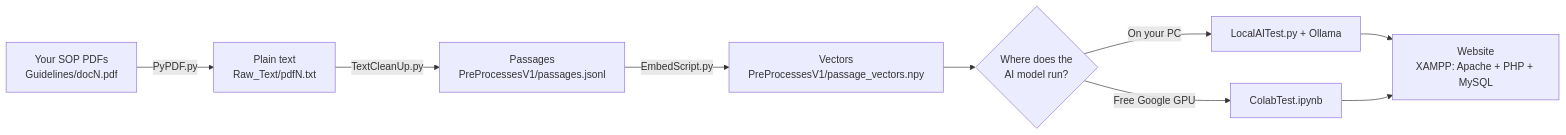
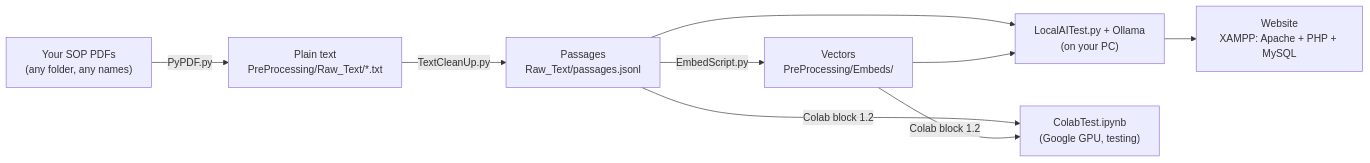
Before and after one commit to Cocallian/SOPAIDict: the diagram in GettingStarted/README.md, drawn with Mermaid. The commit also changed other lines of this file and 328 other files, not shown here.

````diff
--- a/GettingStarted/README.md
+++ b/GettingStarted/README.md
@@ -18,11 +18,11 @@
 ```mermaid
 flowchart LR
-    A["Your SOP PDFs<br/>Guidelines/docN.pdf"] -->|PyPDF.py| B["Plain text<br/>Raw_Text/pdfN.txt"]
-    B -->|TextCleanUp.py| C["Passages<br/>PreProcessesV1/passages.jsonl"]
-    C -->|EmbedScript.py| D["Vectors<br/>PreProcessesV1/passage_vectors.npy"]
-    D --> E{"Where does the<br/>AI model run?"}
-    E -->|On your PC| F["LocalAITest.py + Ollama"]
-    E -->|Free Google GPU| G["ColabTest.ipynb"]
+    A["Your SOP PDFs<br/>(any folder, any names)"] -->|PyPDF.py| B["Plain text<br/>PreProcessing/Raw_Text/*.txt"]
+    B -->|TextCleanUp.py| C["Passages<br/>Raw_Text/passages.jsonl"]
+    C -->|EmbedScript.py| D["Vectors<br/>PreProcessing/Embeds/"]
+    C --> F["LocalAITest.py + Ollama<br/>(on your PC)"]
+    D --> F
+    C -->|Colab block 1.2| G["ColabTest.ipynb<br/>(Google GPU, testing)"]
+    D -->|Colab block 1.2| G
     F --> H["Website<br/>XAMPP: Apache + PHP + MySQL"]
-    G --> H
 ```
````
